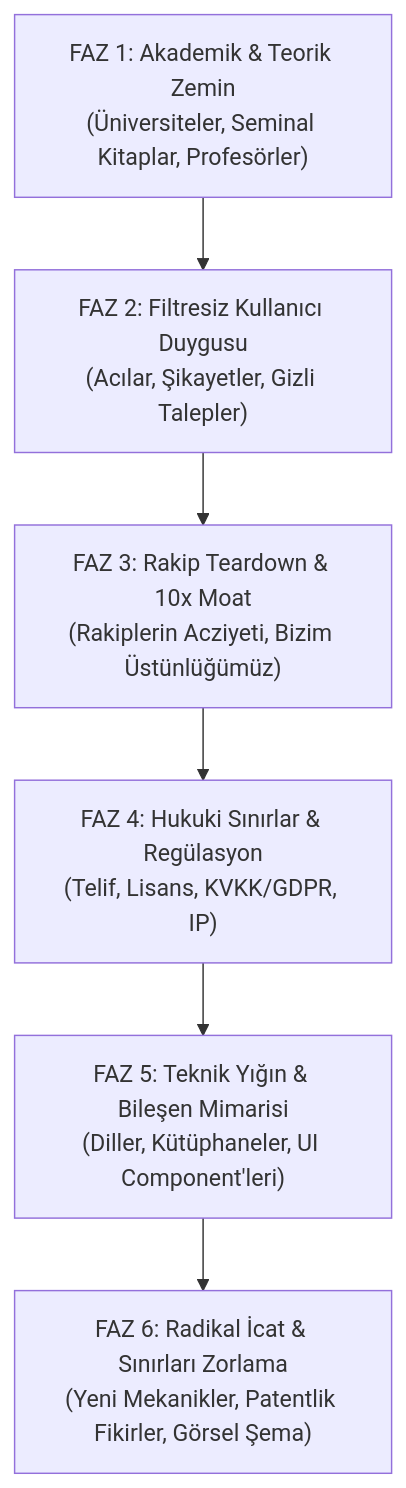
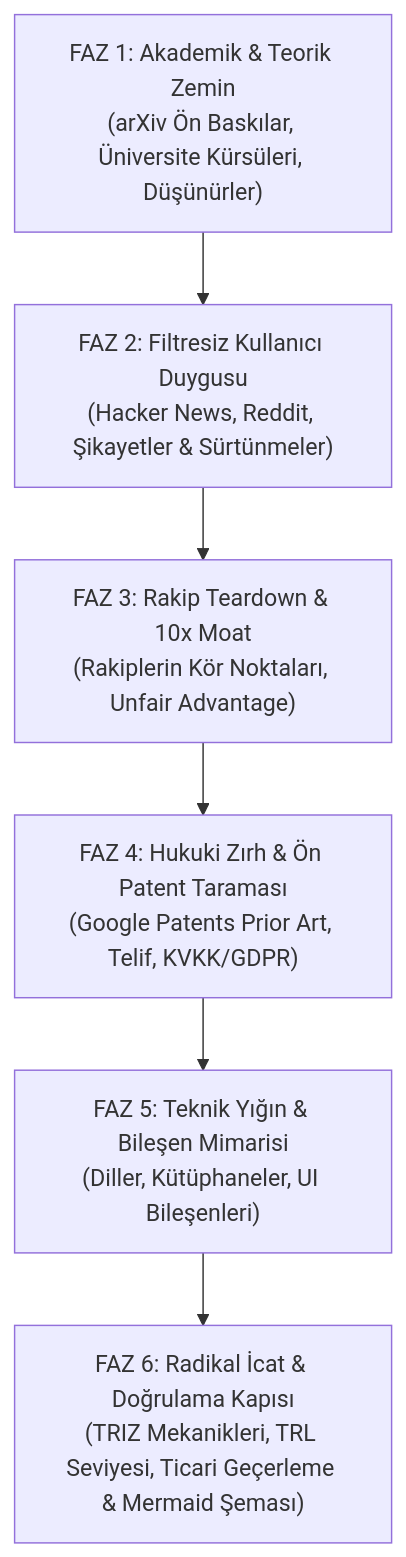
Before and after one commit to omerefezobar-jpg/zobar-skill: the diagram in SKILL.md, drawn with Mermaid. The commit also changed other lines of this file and 9 other files, not shown here.

````diff
--- a/SKILL.md
+++ b/SKILL.md
@@ -29,8 +29,8 @@
 ```mermaid
 flowchart TD
-    A["FAZ 1: Akademik & Teorik Zemin<br/>(Üniversiteler, Seminal Kitaplar, Profesörler)"] --> B["FAZ 2: Filtresiz Kullanıcı Duygusu<br/>(Acılar, Şikayetler, Gizli Talepler)"]
-    B --> C["FAZ 3: Rakip Teardown & 10x Moat<br/>(Rakiplerin Acziyeti, Bizim Üstünlüğümüz)"]
-    C --> D["FAZ 4: Hukuki Sınırlar & Regülasyon<br/>(Telif, Lisans, KVKK/GDPR, IP)"]
-    D --> E["FAZ 5: Teknik Yığın & Bileşen Mimarisi<br/>(Diller, Kütüphaneler, UI Component'leri)"]
-    E --> F["FAZ 6: Radikal İcat & Sınırları Zorlama<br/>(Yeni Mekanikler, Patentlik Fikirler, Görsel Şema)"]
+    A["FAZ 1: Akademik & Teorik Zemin<br/>(arXiv Ön Baskılar, Üniversite Kürsüleri, Düşünürler)"] --> B["FAZ 2: Filtresiz Kullanıcı Duygusu<br/>(Hacker News, Reddit, Şikayetler & Sürtünmeler)"]
+    B --> C["FAZ 3: Rakip Teardown & 10x Moat<br/>(Rakiplerin Kör Noktaları, Unfair Advantage)"]
+    C --> D["FAZ 4: Hukuki Zırh & Ön Patent Taraması<br/>(Google Patents Prior Art, Telif, KVKK/GDPR)"]
+    D --> E["FAZ 5: Teknik Yığın & Bileşen Mimarisi<br/>(Diller, Kütüphaneler, UI Bileşenleri)"]
+    E --> F["FAZ 6: Radikal İcat & Doğrulama Kapısı<br/>(TRIZ Mekanikleri, TRL Seviyesi, Ticari Geçerleme & Mermaid Şeması)"]
 ```
````
